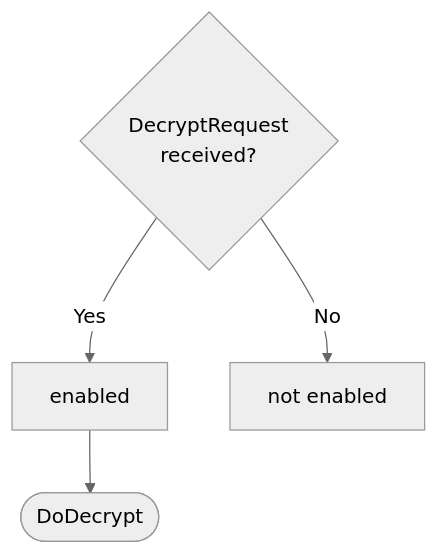
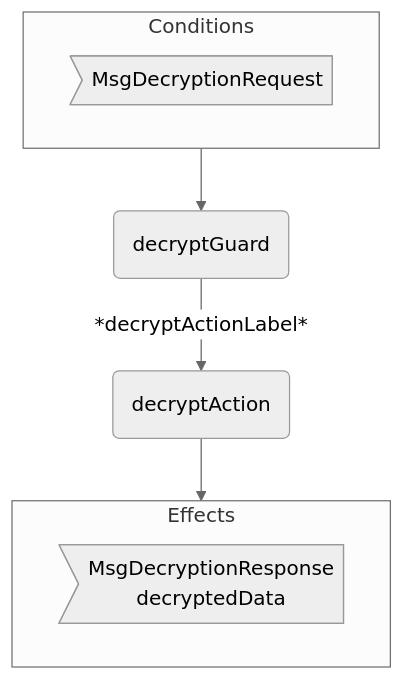
The diagram in docs/arch/node/engines/decryption_behaviour.juvix.md (anoma/nspec), drawn with Mermaid (neutral theme) before and after one commit. The commit also changed other lines of this file and 3 other files, not shown here.

````diff
--- a/docs/arch/node/engines/decryption_behaviour.juvix.md
+++ b/docs/arch/node/engines/decryption_behaviour.juvix.md
@@ -136,7 +327,15 @@
 ```mermaid
 flowchart TD
-    C{DecryptRequest<br>received?}
-    C -->|Yes| D[enabled]
-    C -->|No| E[not enabled]
-    D --> F([DoDecrypt])
+  subgraph C[Conditions]
+    CMsg>MsgDecryptionRequest]
+  end
+
+  G(decryptGuard)
+  A(decryptAction)
+
+  C --> G -- *decryptActionLabel* --> A --> E
+
+  subgraph E[Effects]
+    EMsg>MsgDecryptionResponse<br/>decryptedData]
+  end
 ```
````
